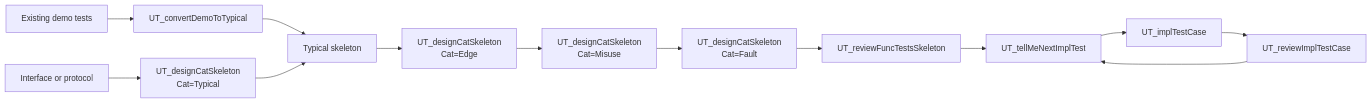
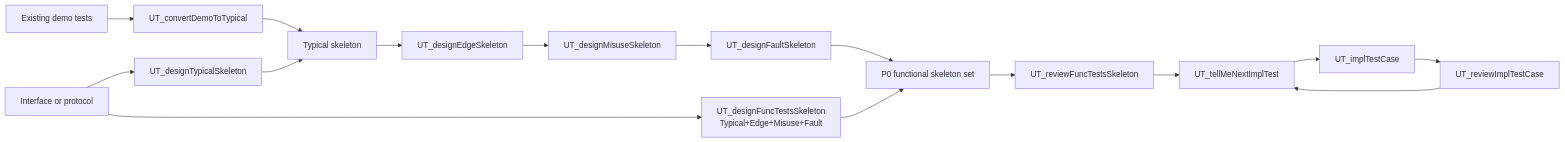
The diagram in slashCommands/flows/P0-FuncTestsFlow.md (EnigmaWU/MyCaTDD), drawn with Mermaid before and after one commit. The commit also changed other lines of this file and 12 other files, not shown here.

First line of the commit message:
docs: split P0 functional skeleton commands

````diff
--- a/slashCommands/flows/P0-FuncTestsFlow.md
+++ b/slashCommands/flows/P0-FuncTestsFlow.md
@@ -25,17 +25,20 @@
 ```mermaid
 flowchart LR
     Demo["Existing demo tests"] --> Convert["UT_convertDemoToTypical"]
-    Protocol["Interface or protocol"] --> DesignTypical["UT_designCatSkeleton<br/>Cat=Typical"]
+    Protocol["Interface or protocol"] --> DesignTypical["UT_designTypicalSkeleton"]
+    Protocol --> DesignFunc["UT_designFuncTestsSkeleton<br/>Typical+Edge+Misuse+Fault"]
 
     Convert --> Typical["Typical skeleton"]
     DesignTypical --> Typical
-    Typical --> Edge["UT_designCatSkeleton<br/>Cat=Edge"]
-    Edge --> Misuse["UT_designCatSkeleton<br/>Cat=Misuse"]
-    Misuse --> Fault["UT_designCatSkeleton<br/>Cat=Fault"]
-    Fault --> ReviewSkeleton["UT_reviewFuncTestsSkeleton"]
+    Typical --> Edge["UT_designEdgeSkeleton"]
+    Edge --> Misuse["UT_designMisuseSkeleton"]
+    Misuse --> Fault["UT_designFaultSkeleton"]
+    Fault --> FuncSet["P0 functional skeleton set"]
+    DesignFunc --> FuncSet
+    FuncSet --> ReviewSkeleton["UT_reviewFuncTestsSkeleton"]
 
     ReviewSkeleton --> NextTC["UT_tellMeNextImplTest"]
     NextTC --> Impl["UT_implTestCase"]
     Impl --> ReviewImpl["UT_reviewImplTestCase"]
     ReviewImpl --> NextTC
 ```
````
